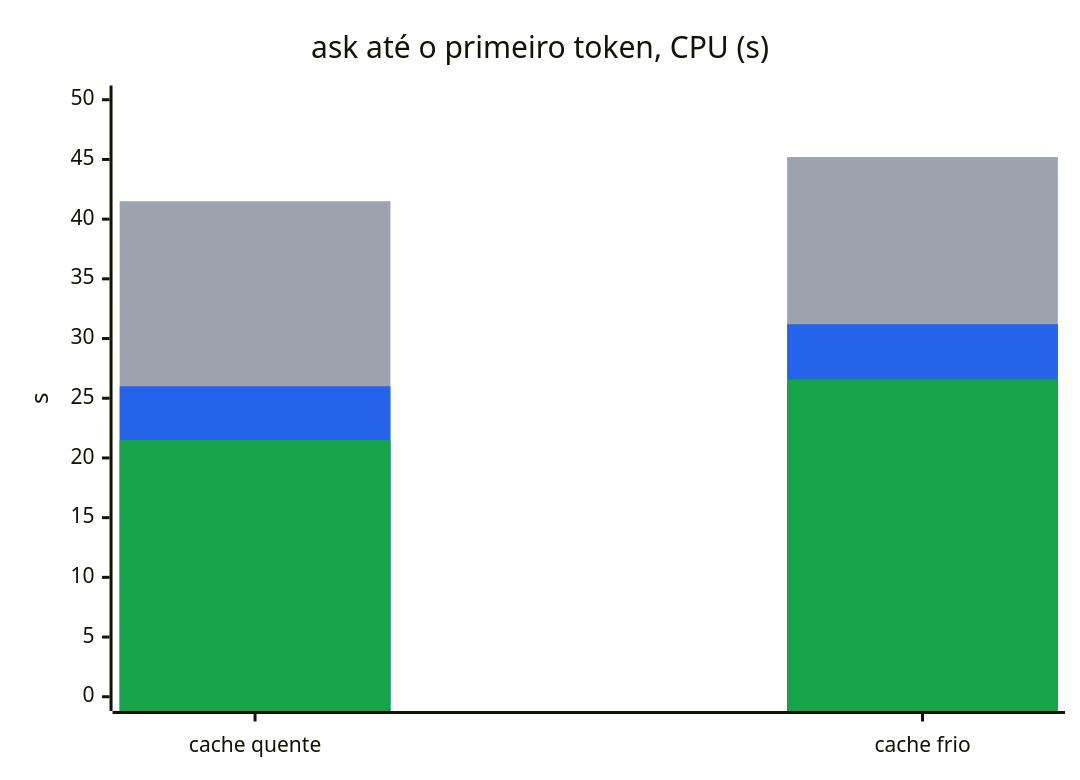
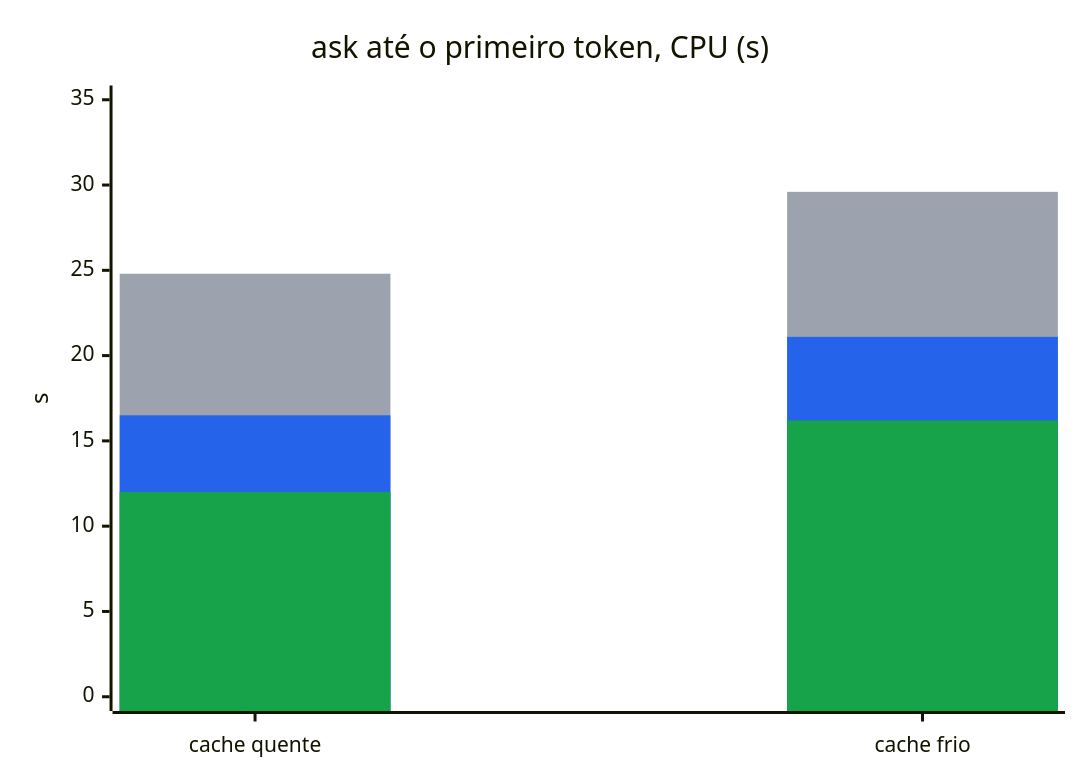
The fifth of 10 diagrams in docs/BENCHMARKS.md (Chipskein/cade), drawn with Mermaid before and after one commit. The commit also changed other lines of this file and 32 other files, not shown here.

````diff
--- a/docs/BENCHMARKS.md
+++ b/docs/BENCHMARKS.md
@@ -84,15 +94,15 @@
 ```mermaid
 ---
 config:
   themeVariables:
     xyChart:
       plotColorPalette: "#9ca3af, #2563eb, #16a34a"
 ---
 xychart-beta
   title "ask até o primeiro token, CPU (s)"
   x-axis ["cache quente", "cache frio"]
-  y-axis "s" 0 --> 50
-  bar [41.5, 45.2]
-  bar [26.0, 31.2]
-  bar [21.5, 26.6]
+  y-axis "s" 0 --> 35
+  bar [24.8, 29.6]
+  bar [16.5, 21.1]
+  bar [12.0, 16.2]
 ```
````
